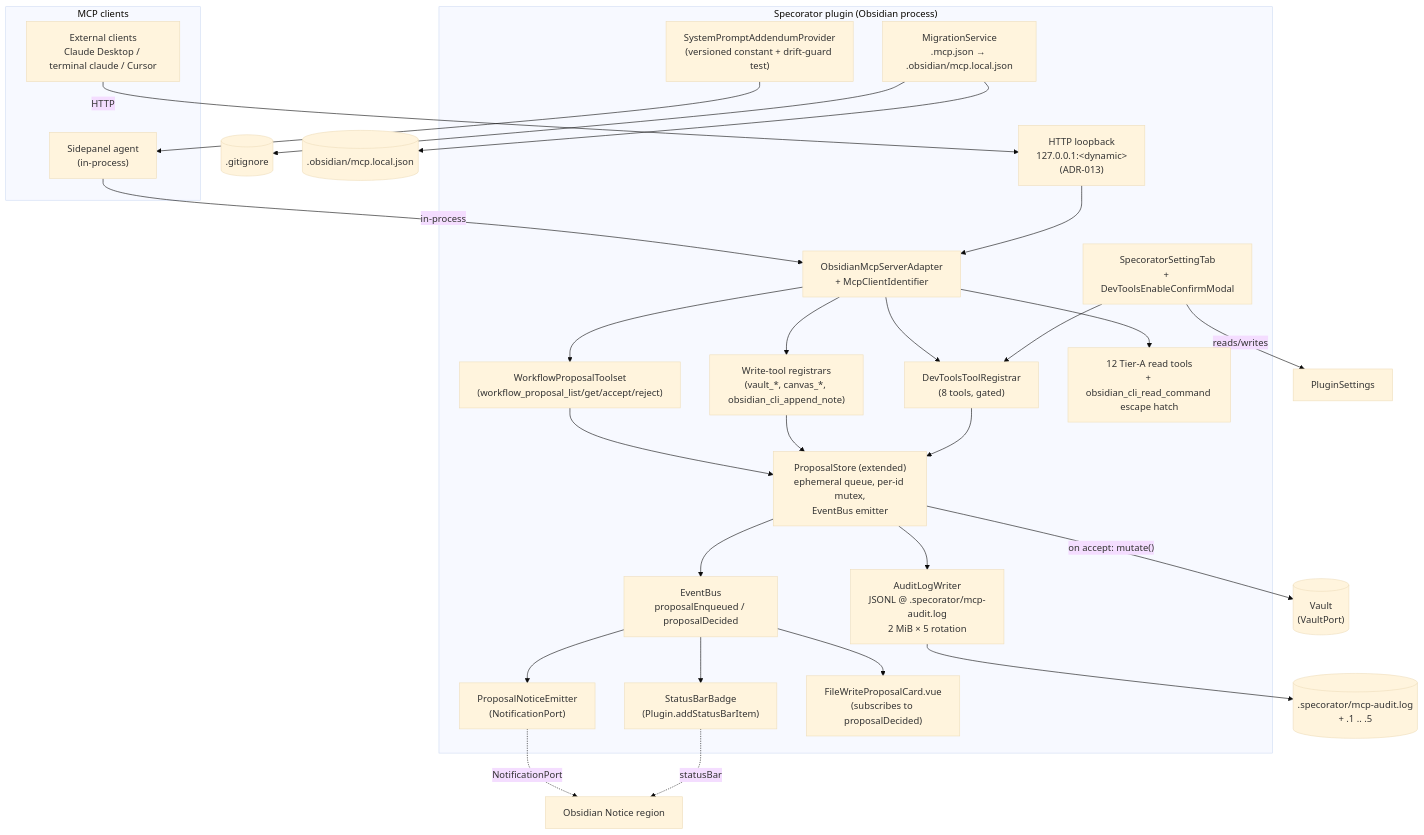
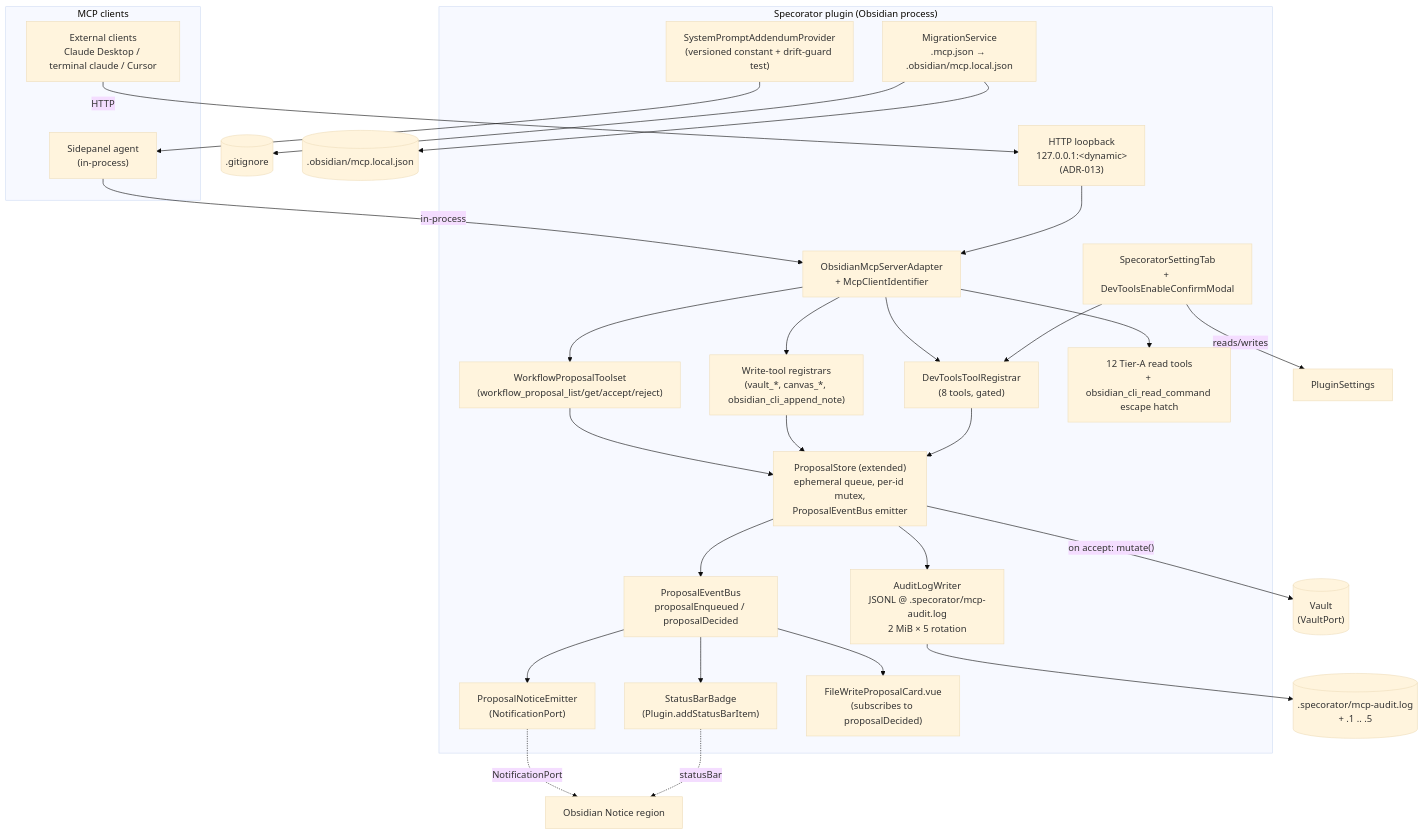
Before and after one commit to Luis85/specorator: the fifth of 5 diagrams in specs/mcp-host-side-proposals/design.md, drawn with Mermaid (base theme). The commit also changed other lines of this file and 3 other files, not shown here.

Commit message:
docs(mhp): apply 13 spec:analyze fixes (pm + architect); /spec:tasks unblocked

````diff
--- a/specs/mcp-host-side-proposals/design.md
+++ b/specs/mcp-host-side-proposals/design.md
@@ -573,55 +575,55 @@
 ```mermaid
 flowchart TB
   subgraph clients ["MCP clients"]
     extClient["External clients<br/>Claude Desktop / terminal claude / Cursor"]
     sidepanel["Sidepanel agent<br/>(in-process)"]
   end
 
   subgraph plugin ["Specorator plugin (Obsidian process)"]
     loopback["HTTP loopback<br/>127.0.0.1:&lt;dynamic&gt;<br/>(ADR-013)"]
     mcpAdapter["ObsidianMcpServerAdapter<br/>+ McpClientIdentifier"]
     workflowTools["WorkflowProposalToolset<br/>(workflow_proposal_list/get/accept/reject)"]
     writeTools["Write-tool registrars<br/>(vault_*, canvas_*, obsidian_cli_append_note)"]
     devTools["DevToolsToolRegistrar<br/>(8 tools, gated)"]
     readTools["12 Tier-A read tools<br/>+ obsidian_cli_read_command escape hatch"]
-    store["ProposalStore (extended)<br/>ephemeral queue, per-id mutex,<br/>EventBus emitter"]
-    eventBus["EventBus<br/>proposalEnqueued / proposalDecided"]
+    store["ProposalStore (extended)<br/>ephemeral queue, per-id mutex,<br/>ProposalEventBus emitter"]
+    eventBus["ProposalEventBus<br/>proposalEnqueued / proposalDecided"]
     audit["AuditLogWriter<br/>JSONL @ .specorator/mcp-audit.log<br/>2 MiB × 5 rotation"]
     notice["ProposalNoticeEmitter<br/>(NotificationPort)"]
     badge["StatusBarBadge<br/>(Plugin.addStatusBarItem)"]
     card["FileWriteProposalCard.vue<br/>(subscribes to proposalDecided)"]
     settings["SpecoratorSettingTab<br/>+ DevToolsEnableConfirmModal"]
     migration["MigrationService<br/>.mcp.json → .obsidian/mcp.local.json"]
     promptProvider["SystemPromptAddendumProvider<br/>(versioned constant + drift-guard test)"]
   end
 
   vault[("Vault<br/>(VaultPort)")]
   fs[(".specorator/mcp-audit.log<br/>+ .1 .. .5")]
   gitignore[(".gitignore")]
   localCfg[(".obsidian/mcp.local.json")]
 
   extClient --HTTP--> loopback
   sidepanel --in-process--> mcpAdapter
   loopback --> mcpAdapter
   mcpAdapter --> workflowTools
   mcpAdapter --> writeTools
   mcpAdapter --> devTools
   mcpAdapter --> readTools
   workflowTools --> store
   writeTools --> store
   devTools --> store
   store --> eventBus
   store -- "on accept: mutate()" --> vault
   store --> audit
   audit --> fs
   eventBus --> notice
   eventBus --> badge
   eventBus --> card
   notice -.NotificationPort.-> obsidianChrome["Obsidian Notice region"]
   badge -.statusBar.-> obsidianChrome
   settings --reads/writes--> settingsStore["PluginSettings"]
   settings --> devTools
   migration --> localCfg
   migration --> gitignore
   promptProvider --> sidepanel
 ```
````
